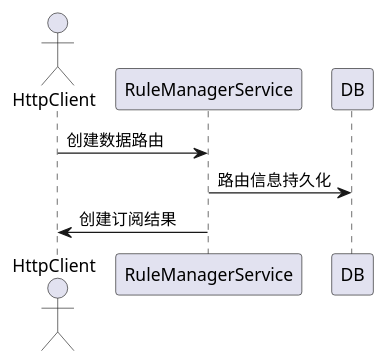
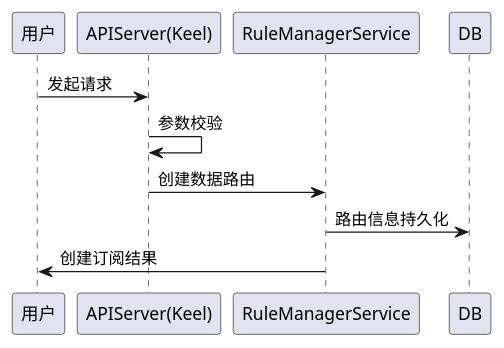
The first of 8 diagrams in docs/api/appendix/plantuml/rule_manager.md (tkeel-io/docs), drawn with PlantUML before and after one commit. The commit also changed other lines of this file and 2 other files, not shown here.

````diff
--- a/docs/api/appendix/plantuml/rule_manager.md
+++ b/docs/api/appendix/plantuml/rule_manager.md
@@ -2,11 +2,14 @@
 ```plantuml
 @startuml
-actor HttpClient
+participant "用户" as user
+participant "APIServer(Keel)"  as keel
 participant RuleManagerService
 participant DB
 
-HttpClient->RuleManagerService:创建数据路由
+user->keel: 发起请求
+keel->keel: 参数校验
+keel->RuleManagerService:创建数据路由
 RuleManagerService->DB:路由信息持久化
-RuleManagerService->HttpClient:创建订阅结果
+RuleManagerService->user:创建订阅结果
 @enduml
 ```
````
